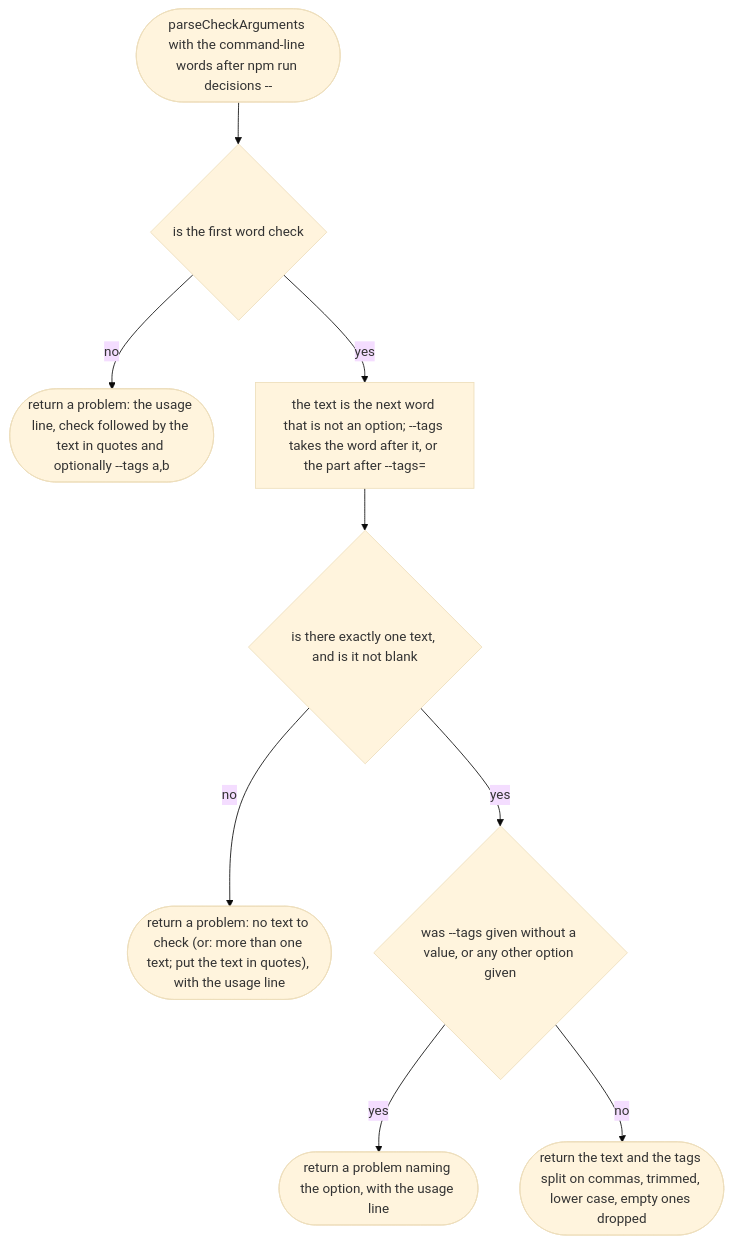
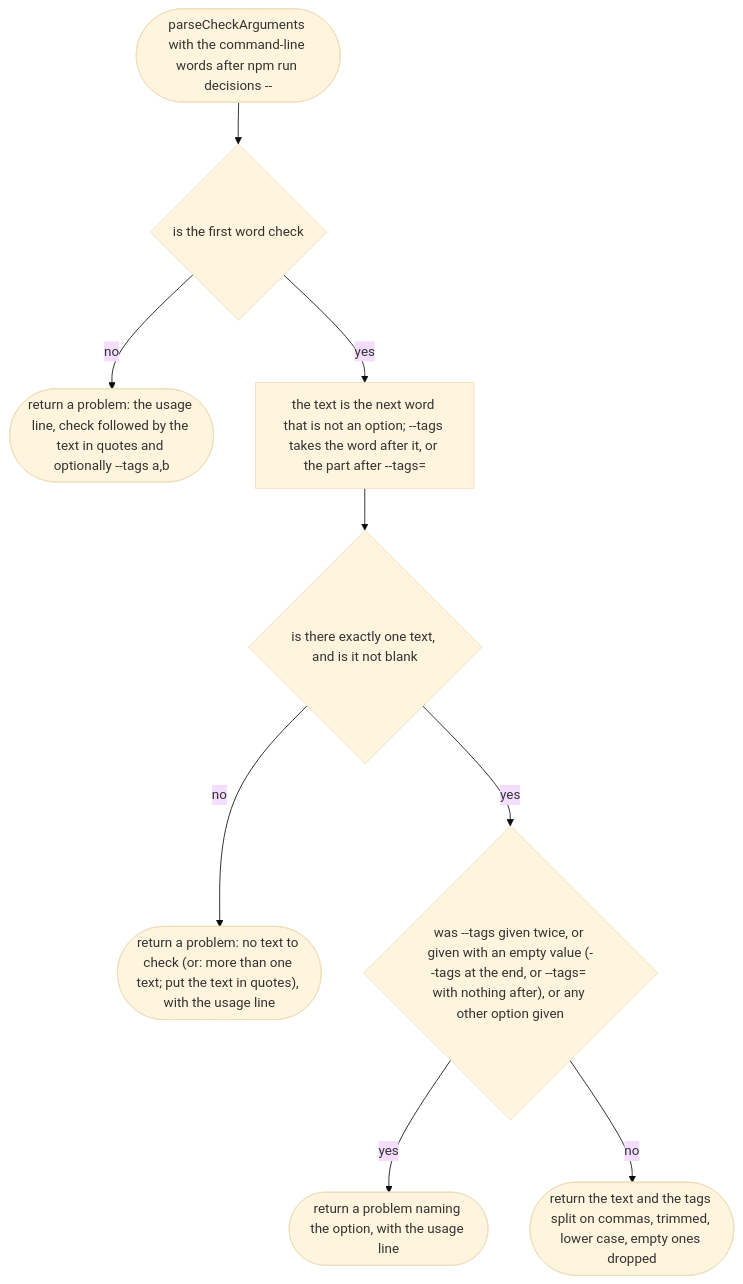
One commit to NewDara-Star/world-engine changed the first of 4 diagrams in docs/designs/tools/decisions/cli.md. Above: the diagram before and after it, drawn with Mermaid (base theme). The commit also changed other lines of this file and 4 other files, not shown here.

````diff
--- a/docs/designs/tools/decisions/cli.md
+++ b/docs/designs/tools/decisions/cli.md
@@ -21,20 +22,20 @@
 ```mermaid
 flowchart TD
   s(["parseCheckArguments with the command-line words after npm run decisions --"])
   a{"is the first word check"}
   b(["return a problem: the usage line, check followed by the text in quotes and optionally --tags a,b"])
   c["the text is the next word that is not an option; --tags takes the word after it, or the part after --tags="]
   d{"is there exactly one text, and is it not blank"}
   e(["return a problem: no text to check (or: more than one text; put the text in quotes), with the usage line"])
-  f{"was --tags given without a value, or any other option given"}
+  f{"was --tags given twice, or given with an empty value (--tags at the end, or --tags= with nothing after), or any other option given"}
   g(["return a problem naming the option, with the usage line"])
   h(["return the text and the tags split on commas, trimmed, lower case, empty ones dropped"])
   s --> a
   a -->|"no"| b
   a -->|"yes"| c
   c --> d
   d -->|"no"| e
   d -->|"yes"| f
   f -->|"yes"| g
   f -->|"no"| h
 ```
````
